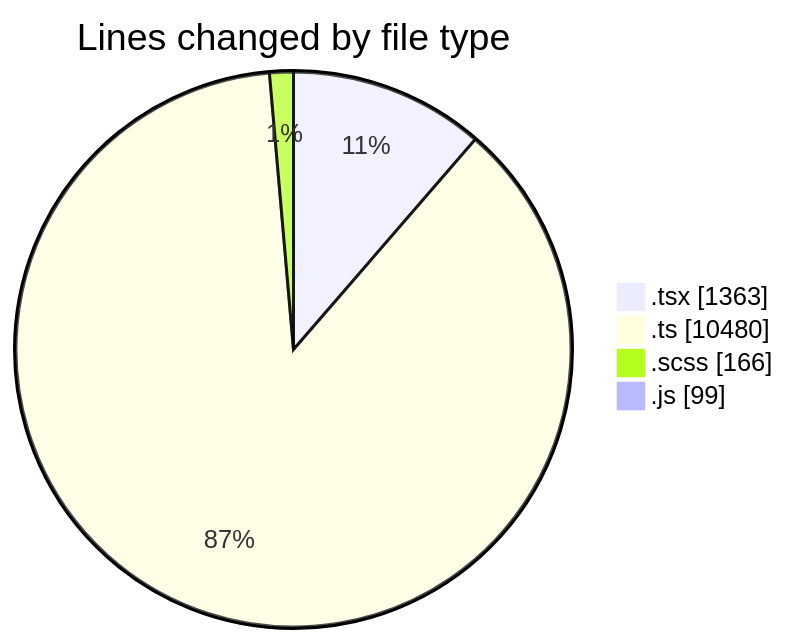
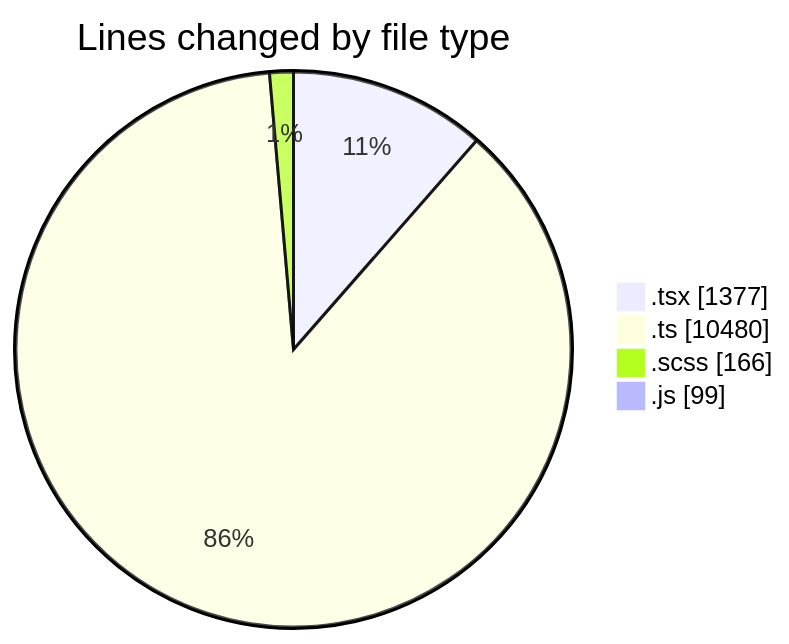
The first of 2 diagrams in 2025-03-26/cda/README.md (momahboobian/code-tracking), drawn with Mermaid before and after one commit. The commit also changed other lines of this file and 1 other file, not shown here.

````diff
--- a/2025-03-26/cda/README.md
+++ b/2025-03-26/cda/README.md
@@ -43,8 +43,8 @@
 ```mermaid
 pie showData
 title Lines changed by file type
-".tsx" : 1363
+".tsx" : 1377
 ".ts" : 10480
 ".scss" : 166
 ".js" : 99
 ```
````
